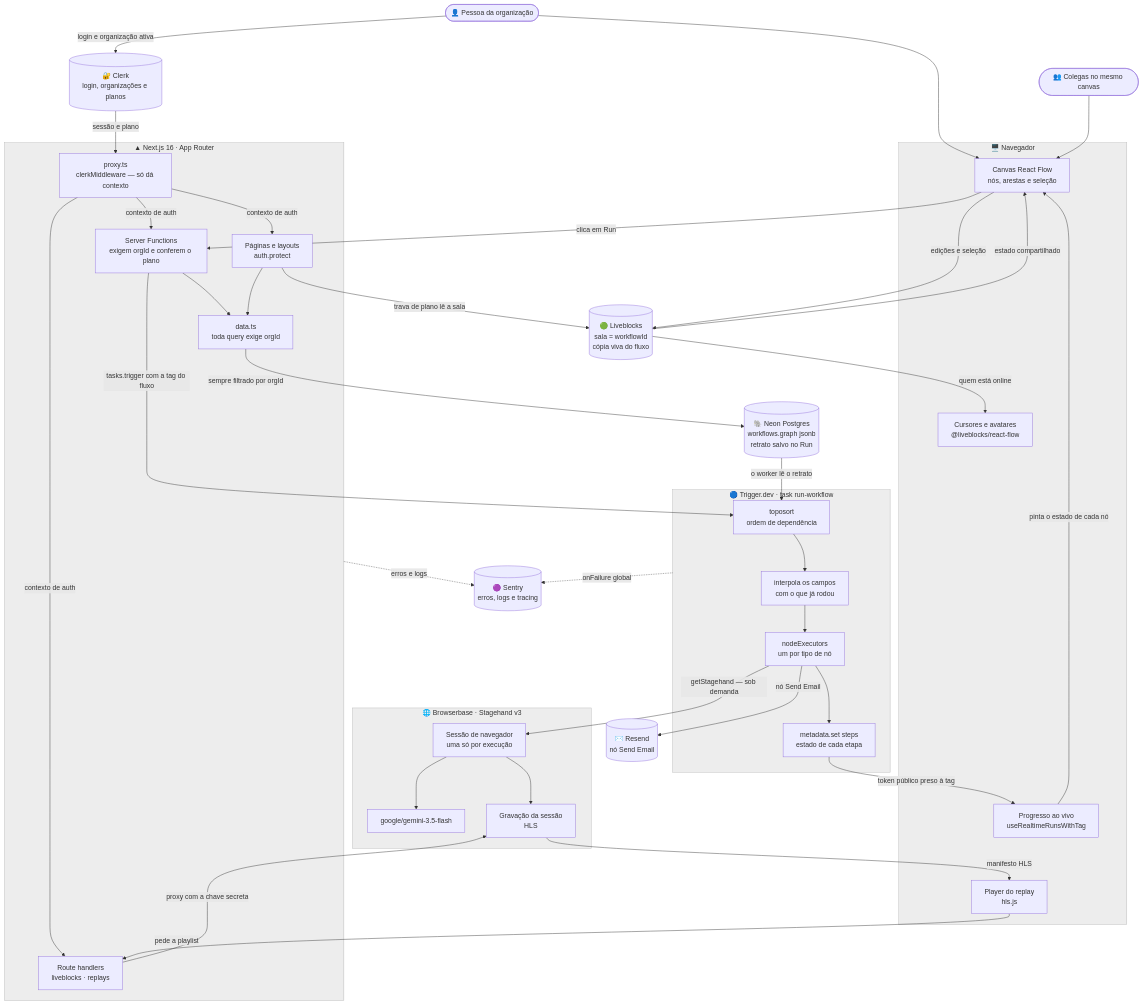
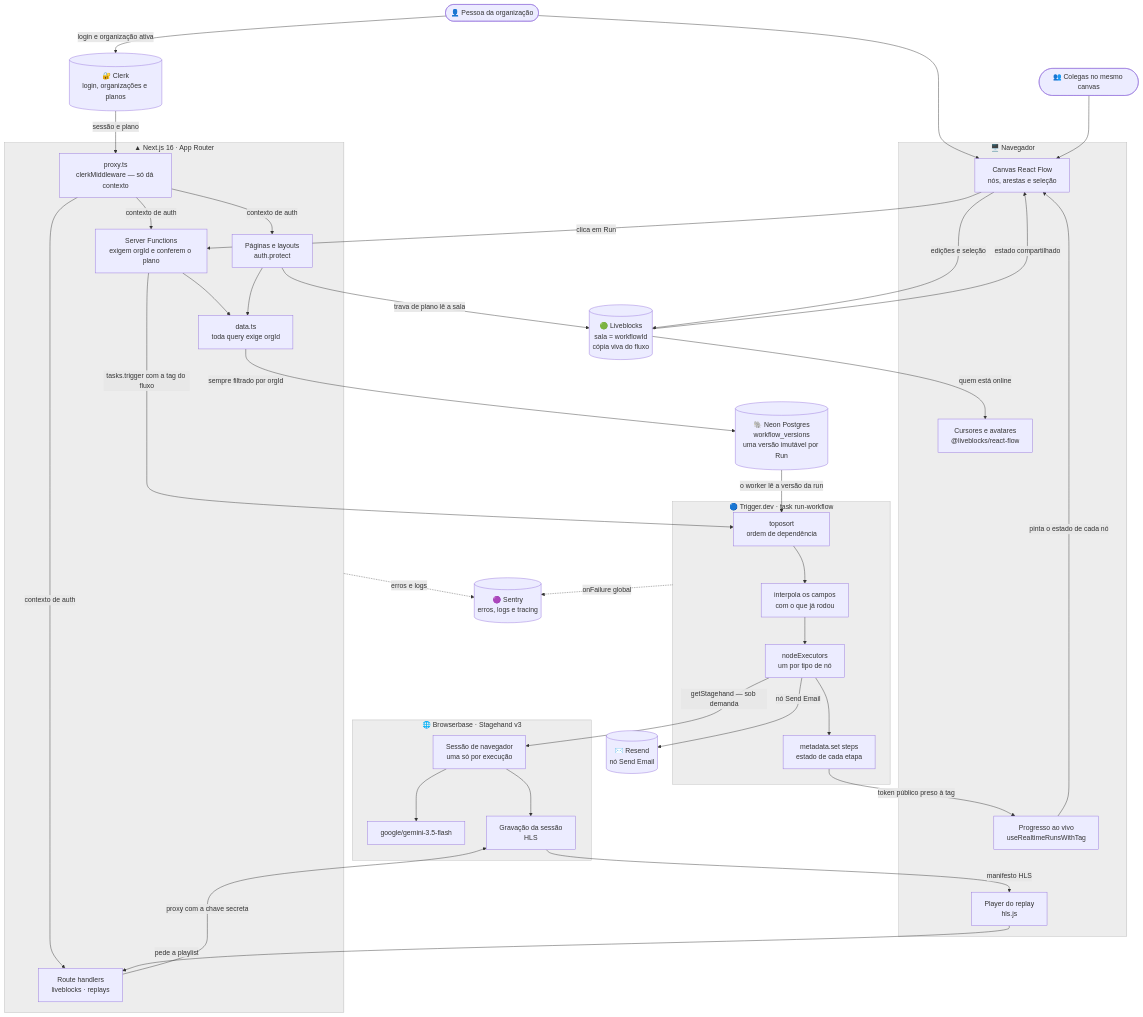
One commit to renatomf/nextjs-switchboard changed the fifth of 6 diagrams in README.md. Above: the diagram before and after it, drawn with Mermaid. The commit also changed other lines of this file and 2 other files, not shown here.

First line of the commit message:
docs: record immutable workflow versions (ADR 0002)

````diff
--- a/README.md
+++ b/README.md
@@ -283,78 +284,78 @@
 ```mermaid
 %%{init: {'themeVariables': {'clusterBkg': 'rgba(127,127,127,0.14)', 'clusterBorder': 'rgba(127,127,127,0.50)', 'noteBkgColor': 'rgba(127,127,127,0.14)', 'noteBorderColor': 'rgba(127,127,127,0.50)', 'labelBoxBkgColor': 'rgba(127,127,127,0.14)', 'labelBoxBorderColor': 'rgba(127,127,127,0.50)'}}}%%
 flowchart TB
     Pessoa(["👤 Pessoa da organização"])
     Colega(["👥 Colegas no mesmo canvas"])
 
     subgraph Nav["🖥️ Navegador"]
         Canvas["Canvas React Flow<br/>nós, arestas e seleção"]
         Presenca["Cursores e avatares<br/>@liveblocks/react-flow"]
         Assina["Progresso ao vivo<br/>useRealtimeRunsWithTag"]
         Player["Player do replay<br/>hls.js"]
     end
 
     subgraph Web["▲ Next.js 16 · App Router"]
         Proxy["proxy.ts<br/>clerkMiddleware — só dá contexto"]
         Paginas["Páginas e layouts<br/>auth.protect"]
         Actions["Server Functions<br/>exigem orgId e conferem o plano"]
         Rotas["Route handlers<br/>liveblocks · replays"]
         Dados["data.ts<br/>toda query exige orgId"]
     end
 
     Clerk[("🔐 Clerk<br/>login, organizações e planos")]
     Sala[("🟢 Liveblocks<br/>sala = workflowId<br/>cópia viva do fluxo")]
-    Banco[("🐘 Neon Postgres<br/>workflows.graph jsonb<br/>retrato salvo no Run")]
+    Banco[("🐘 Neon Postgres<br/>workflow_versions<br/>uma versão imutável por Run")]
 
     subgraph Worker["🔵 Trigger.dev · task run-workflow"]
         Topo["toposort<br/>ordem de dependência"]
         Interp["interpola os campos<br/>com o que já rodou"]
         Exec["nodeExecutors<br/>um por tipo de nó"]
         Meta["metadata.set steps<br/>estado de cada etapa"]
     end
 
     subgraph BB["🌐 Browserbase · Stagehand v3"]
         Sessao["Sessão de navegador<br/>uma só por execução"]
         Modelo["google/gemini-3.5-flash"]
         Grav["Gravação da sessão<br/>HLS"]
     end
 
     Resend[("✉️ Resend<br/>nó Send Email")]
     Sentry[("🟣 Sentry<br/>erros, logs e tracing")]
 
     Pessoa --> Canvas
     Colega --> Canvas
     Canvas -->|"edições e seleção"| Sala
     Sala -->|"estado compartilhado"| Canvas
     Sala -->|"quem está online"| Presenca
 
     Pessoa -->|"login e organização ativa"| Clerk
     Clerk -->|"sessão e plano"| Proxy
     Proxy -->|"contexto de auth"| Paginas
     Proxy -->|"contexto de auth"| Actions
     Proxy -->|"contexto de auth"| Rotas
 
     Canvas -->|"clica em Run"| Actions
     Paginas -->|"trava de plano lê a sala"| Sala
     Actions --> Dados
     Paginas --> Dados
     Dados -->|"sempre filtrado por orgId"| Banco
 
     Actions -->|"tasks.trigger com a tag do fluxo"| Topo
-    Banco -->|"o worker lê o retrato"| Topo
+    Banco -->|"o worker lê a versão da run"| Topo
     Topo --> Interp --> Exec
     Exec --> Meta
     Meta -->|"token público preso à tag"| Assina
     Assina -->|"pinta o estado de cada nó"| Canvas
 
     Exec -->|"getStagehand — sob demanda"| Sessao
     Sessao --> Modelo
     Sessao --> Grav
     Exec -->|"nó Send Email"| Resend
 
     Player -->|"pede a playlist"| Rotas
     Rotas -->|"proxy com a chave secreta"| Grav
     Grav -->|"manifesto HLS"| Player
 
     Web -.->|"erros e logs"| Sentry
     Worker -.->|"onFailure global"| Sentry
 ```
````
